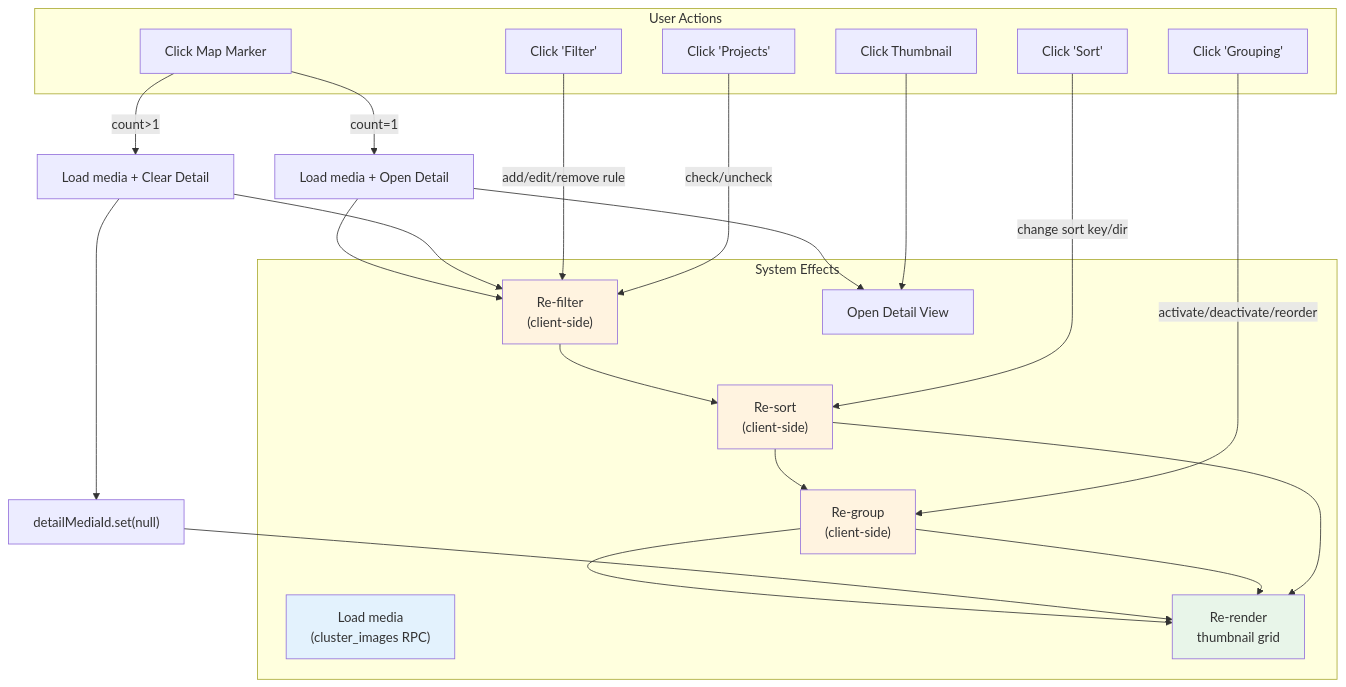
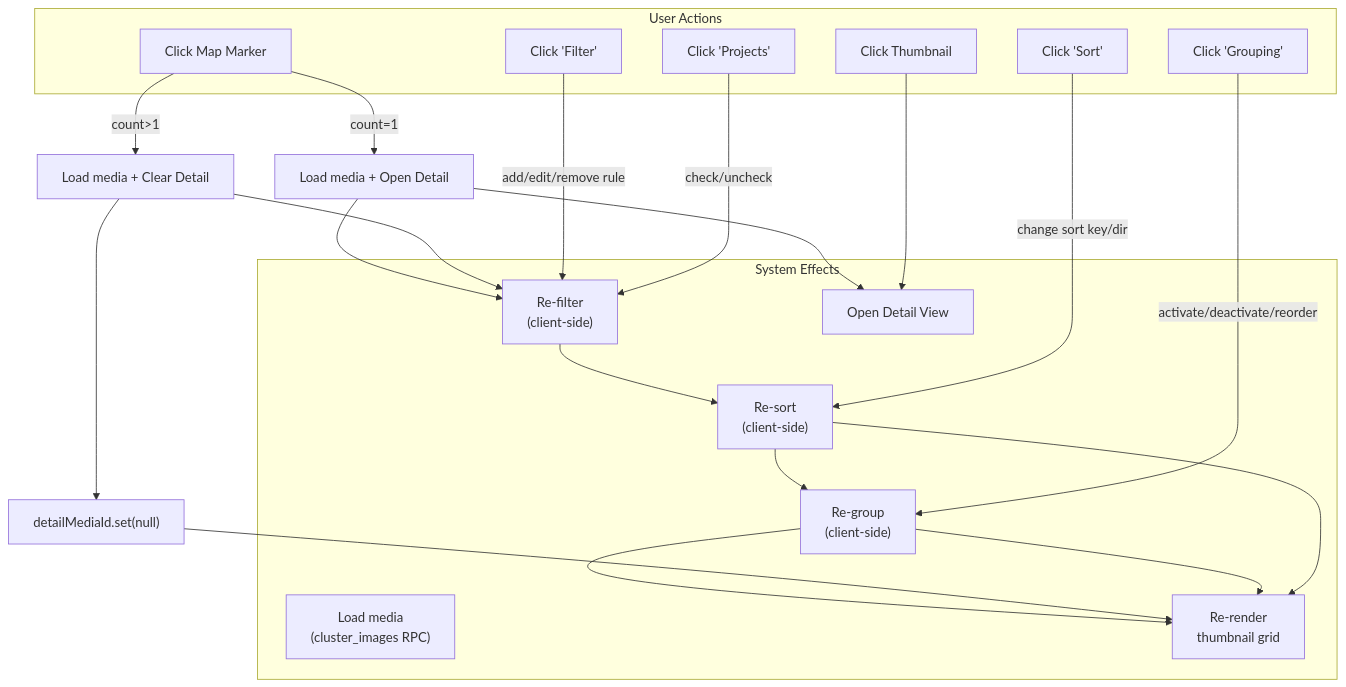
Before and after one commit to matkleve/feldpost: the sixth of 7 diagrams in docs/specs/service/workspace-view/workspace-view-system.deep-dive.md, drawn with Mermaid. The commit also changed 29 other files, not shown here.

````diff
--- a/docs/specs/service/workspace-view/workspace-view-system.deep-dive.md
+++ b/docs/specs/service/workspace-view/workspace-view-system.deep-dive.md
@@ -312,44 +312,39 @@
 ```mermaid
 flowchart TD
     subgraph UserActions["User Actions"]
         ClickMarker["Click Map Marker"]
         ClickGroup["Click 'Grouping'"]
         ClickSort["Click 'Sort'"]
         ClickFilter["Click 'Filter'"]
         ClickProjects["Click 'Projects'"]
         ClickThumb["Click Thumbnail"]
     end
 
     subgraph Effects["System Effects"]
         LoadImages["Load media\n(cluster_images RPC)"]
         ReGroup["Re-group\n(client-side)"]
         ReSort["Re-sort\n(client-side)"]
         ReFilter["Re-filter\n(client-side)"]
         ReRender["Re-render\nthumbnail grid"]
         OpenDetail["Open Detail View"]
     end
 
     ClickMarker -->|"count=1"| LoadAndDetail["Load media + Open Detail"]
     ClickMarker -->|"count>1"| ClusterFlow["Load media + Clear Detail"]
     LoadAndDetail --> ReFilter --> ReSort --> ReGroup --> ReRender
     LoadAndDetail --> OpenDetail
     ClusterFlow --> ClearDetail["detailMediaId.set(null)"]
     ClusterFlow --> ReFilter
     ClearDetail --> ReRender
 
     ClickGroup -->|"activate/deactivate/reorder"| ReGroup
     ClickSort -->|"change sort key/dir"| ReSort
     ClickFilter -->|"add/edit/remove rule"| ReFilter
     ClickProjects -->|"check/uncheck"| ReFilter
 
     ClickThumb --> OpenDetail
 
     ReGroup --> ReRender
     ReSort --> ReRender
 
-    style LoadImages fill:#e3f2fd
-    style ReFilter fill:#fff3e0
-    style ReSort fill:#fff3e0
-    style ReGroup fill:#fff3e0
-    style ReRender fill:#e8f5e9
 ```
````
